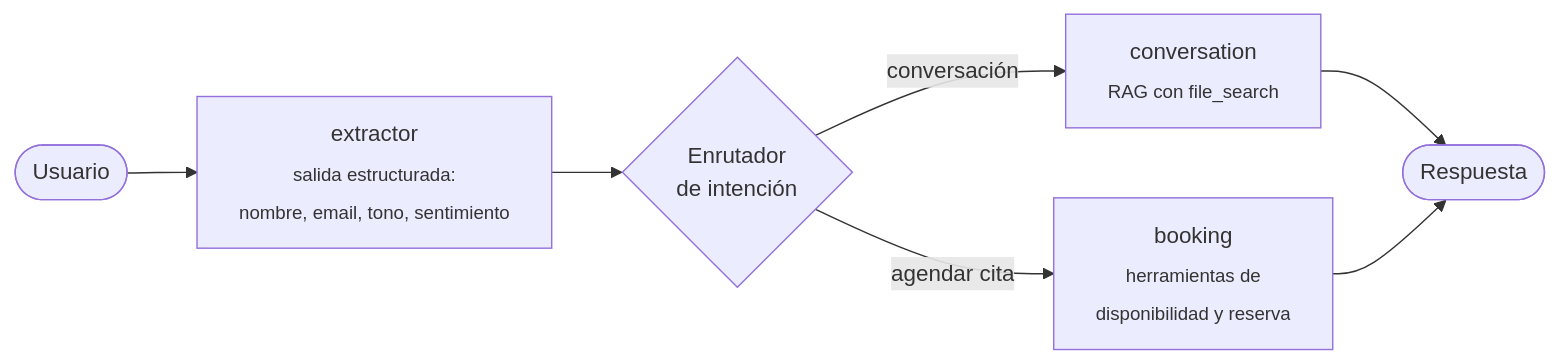
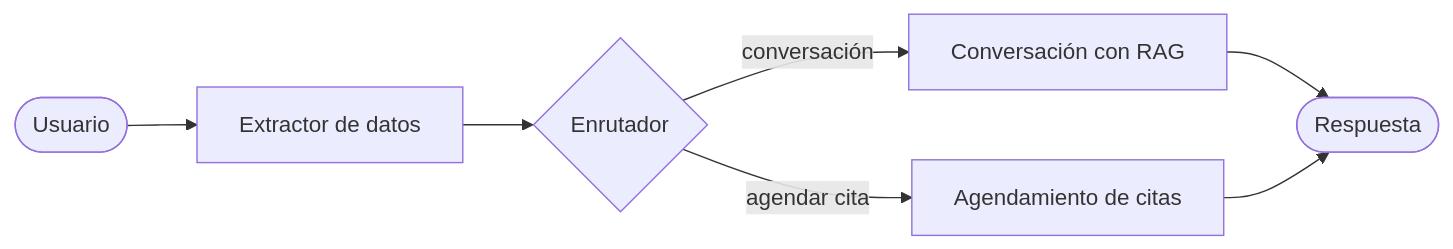
The diagram in README.md (joem9819/agentes-ia-langgraph), drawn with Mermaid before and after one commit. The commit also changed other lines of this file, not shown here.

Commit message:
docs: simplifica el diagrama del agente de soporte

````diff
--- a/README.md
+++ b/README.md
@@ -34,9 +34,9 @@
 ```mermaid
 flowchart LR
-    U([Usuario]) --> E[extractor<br/><sub>salida estructurada:<br/>nombre, email, tono, sentimiento</sub>]
-    E --> R{Enrutador<br/>de intención}
-    R -- conversación --> C[conversation<br/><sub>RAG con file_search</sub>]
-    R -- agendar cita --> B[booking<br/><sub>herramientas de<br/>disponibilidad y reserva</sub>]
+    U([Usuario]) --> E[Extractor de datos]
+    E --> R{Enrutador}
+    R -- conversación --> C[Conversación con RAG]
+    R -- agendar cita --> B[Agendamiento de citas]
     C --> F([Respuesta])
     B --> F
 ```
````
